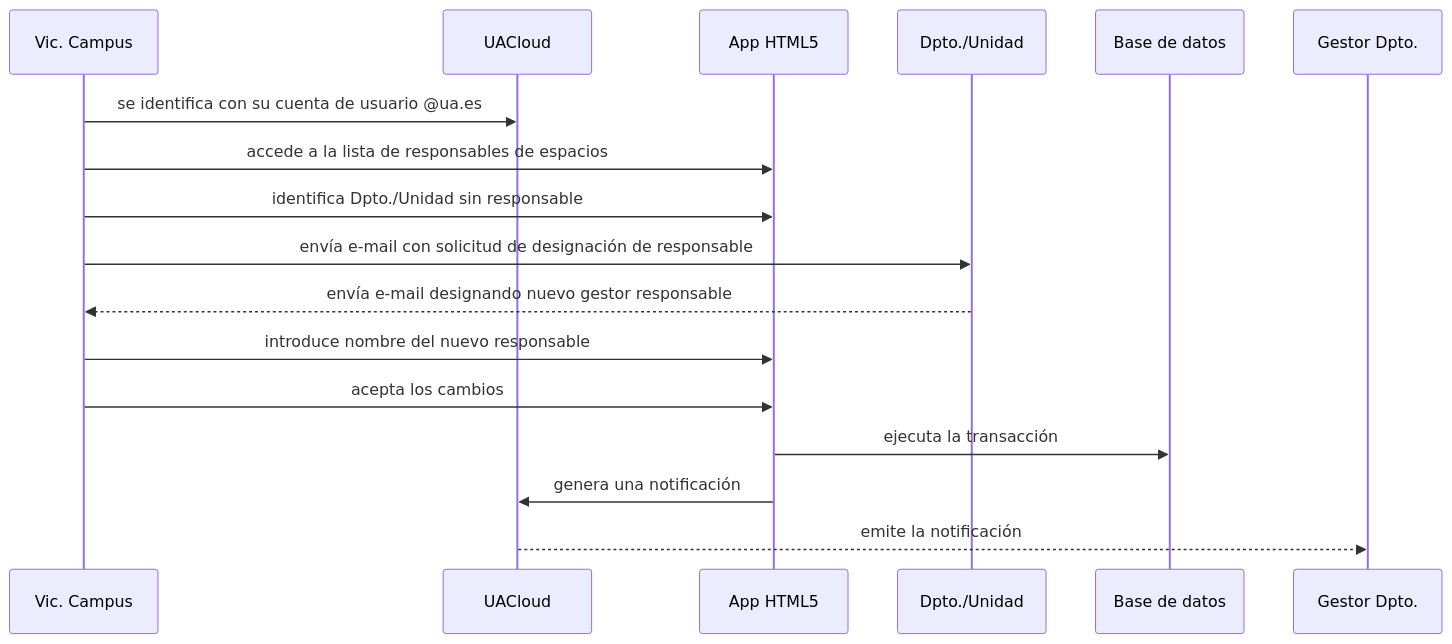
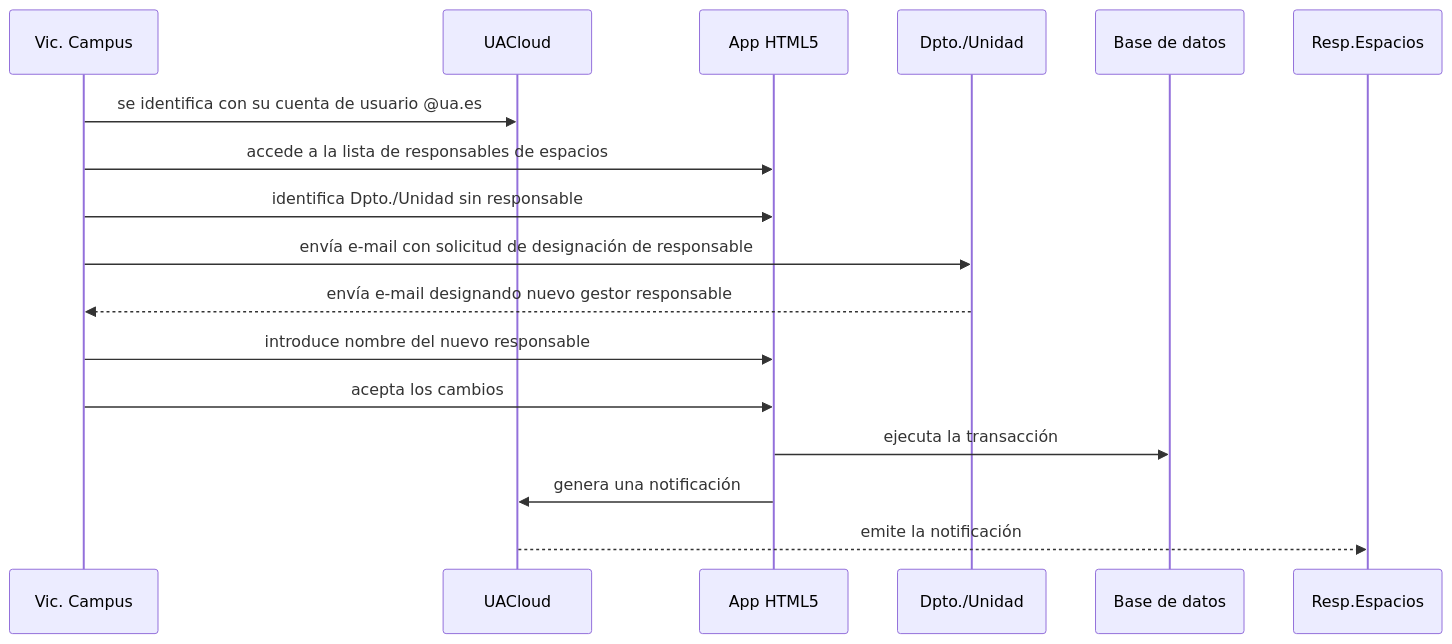
One commit to labgeo/ua-mods changed the diagram in ds05-2.md. Above: the diagram before and after it, drawn with Mermaid.

```diff
--- a/ds05-2.md
+++ b/ds05-2.md
@@ -5,13 +5,13 @@
 {% mermaid %}
 sequenceDiagram;
   Vic. Campus->>UACloud: se identifica con su cuenta de usuario @ua.es;
   Vic. Campus->>App HTML5: accede a la lista de responsables de espacios;
   Vic. Campus->>App HTML5: identifica Dpto./Unidad sin responsable;
   Vic. Campus->>Dpto./Unidad: envía e-mail con solicitud de designación de responsable;
   Dpto./Unidad-->>Vic. Campus: envía e-mail designando nuevo gestor responsable;
   Vic. Campus->>App HTML5: introduce nombre del nuevo responsable;
   Vic. Campus->>App HTML5: acepta los cambios;
   App HTML5->>Base de datos: ejecuta la transacción;
   App HTML5->>UACloud: genera una notificación;
-  UACloud-->>Gestor Dpto.: emite la notificación;
+  UACloud-->>Resp.Espacios: emite la notificación;
 {% endmermaid %}
```
